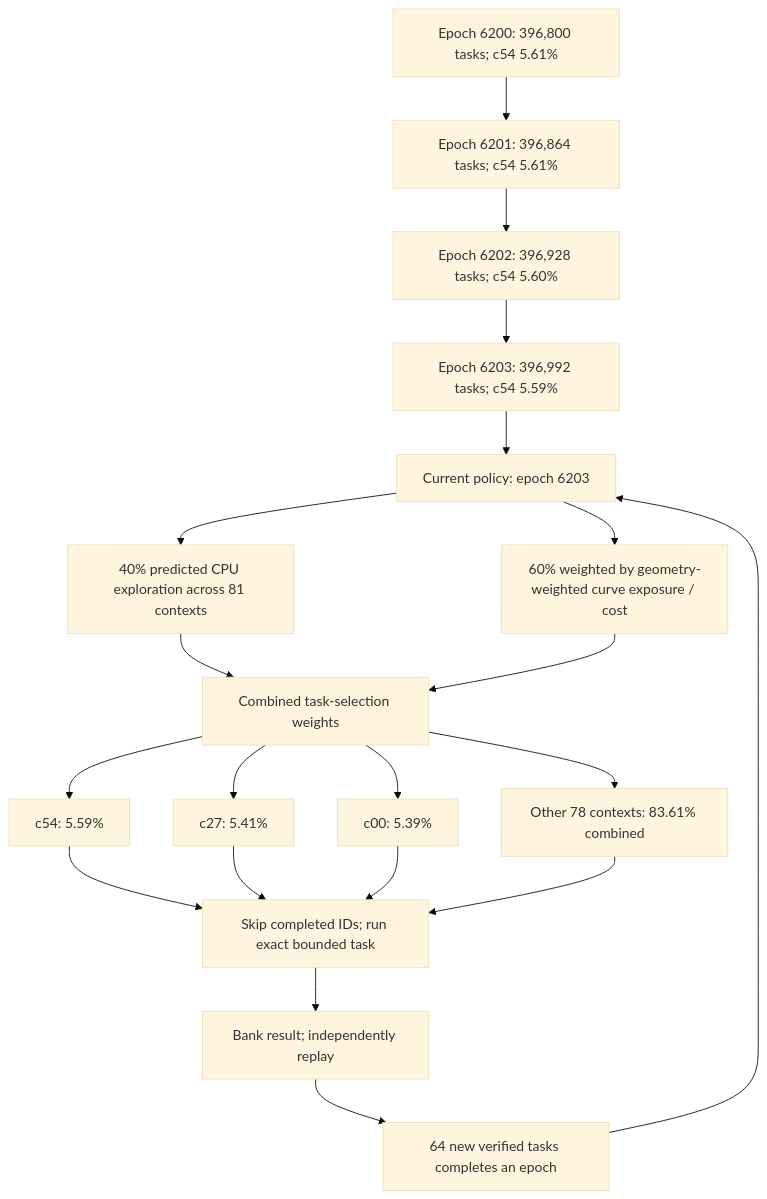
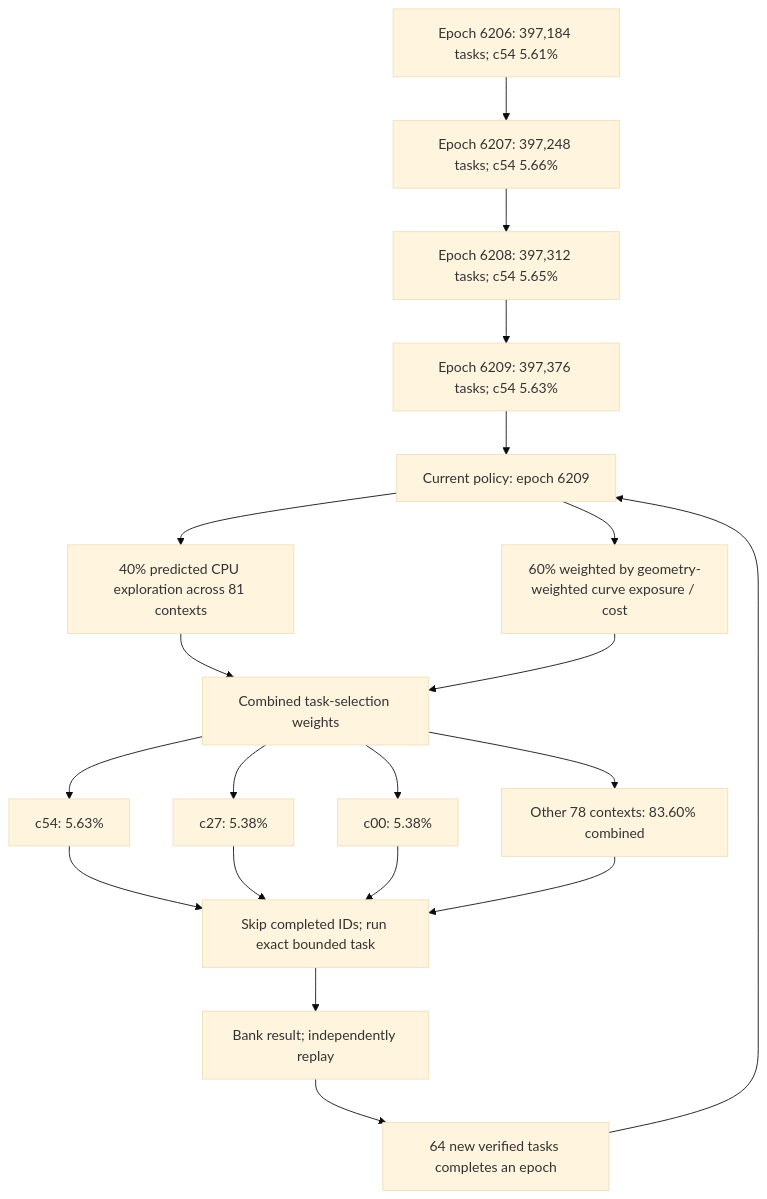
One commit to Kuberwastaken/math-gambling changed the first of 4 diagrams in README.md. Above: the diagram before and after it, drawn with Mermaid (base theme). The commit also changed other lines of this file and 959 other files, not shown here.

````diff
--- a/README.md
+++ b/README.md
@@ -60,27 +60,27 @@
 ```mermaid
 flowchart TD
-    H0["Epoch 6200: 396,800 tasks; c54 5.61%"]
-    H1["Epoch 6201: 396,864 tasks; c54 5.61%"]
+    H0["Epoch 6206: 397,184 tasks; c54 5.61%"]
+    H1["Epoch 6207: 397,248 tasks; c54 5.66%"]
     H0 --> H1
-    H2["Epoch 6202: 396,928 tasks; c54 5.60%"]
+    H2["Epoch 6208: 397,312 tasks; c54 5.65%"]
     H1 --> H2
-    H3["Epoch 6203: 396,992 tasks; c54 5.59%"]
+    H3["Epoch 6209: 397,376 tasks; c54 5.63%"]
     H2 --> H3
-    Policy["Current policy: epoch 6203"]
+    Policy["Current policy: epoch 6209"]
     H3 --> Policy
     Policy --> Explore["40% predicted CPU exploration across 81 contexts"]
     Policy --> Cost["60% weighted by geometry-weighted curve exposure / cost"]
     Explore --> Mix["Combined task-selection weights"]
     Cost --> Mix
-    Mix --> C0["c54: 5.59%"]
-    Mix --> C1["c27: 5.41%"]
-    Mix --> C2["c00: 5.39%"]
-    Mix --> Rest["Other 78 contexts: 83.61% combined"]
+    Mix --> C0["c54: 5.63%"]
+    Mix --> C1["c27: 5.38%"]
+    Mix --> C2["c00: 5.38%"]
+    Mix --> Rest["Other 78 contexts: 83.60% combined"]
     C0 --> Check["Skip completed IDs; run exact bounded task"]
     C1 --> Check
     C2 --> Check
     Rest --> Check
     Check --> Replay["Bank result; independently replay"]
     Replay --> Gate["64 new verified tasks completes an epoch"]
     Gate --> Policy
 ```
````
